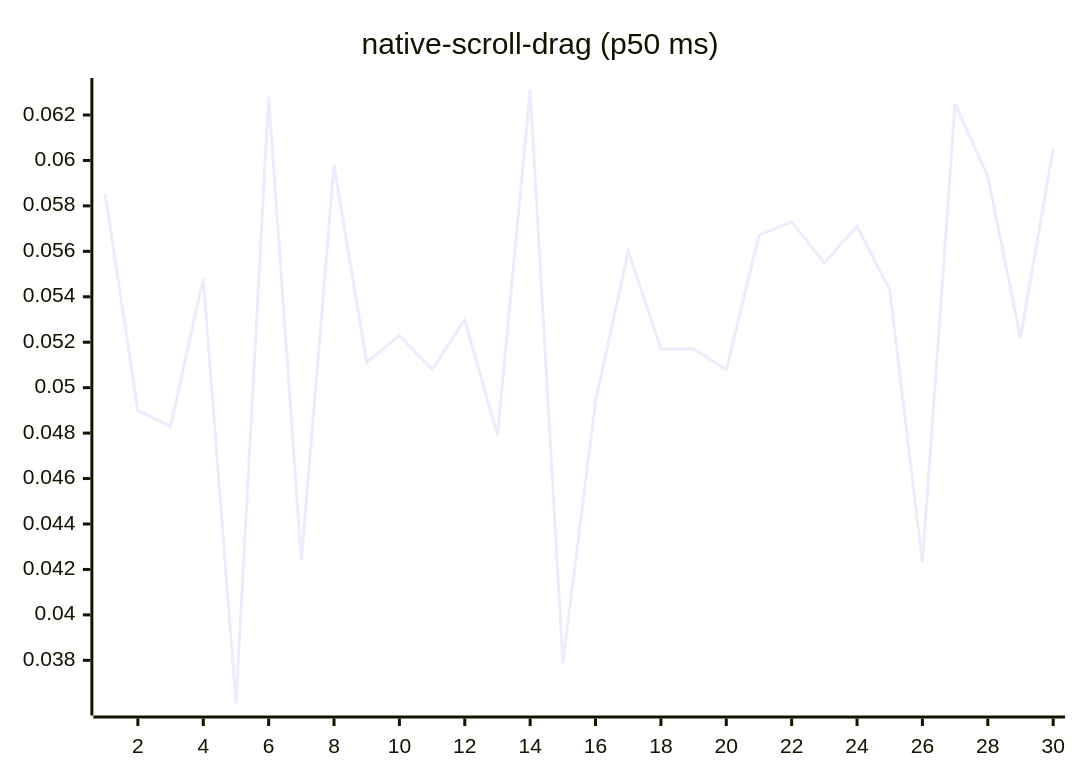
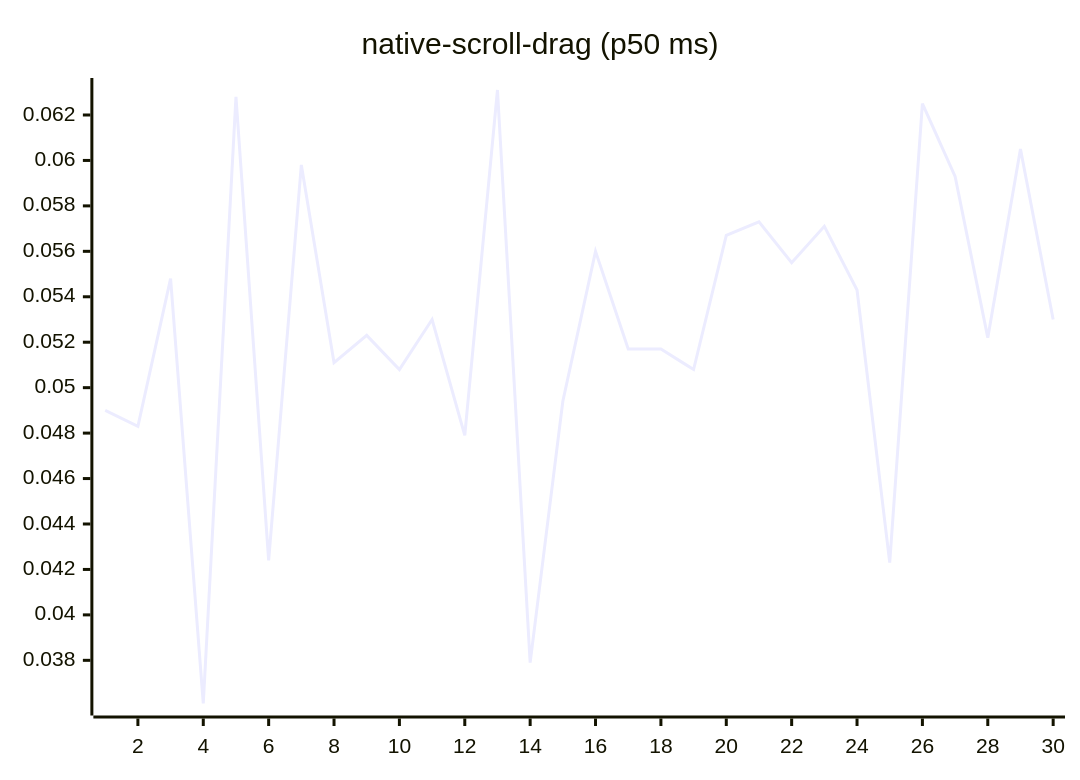
One commit to josha/Facet changed diagram 14 of 27 in README.md. Above: the diagram before and after it, drawn with Mermaid. The commit also changed other lines of this file and 2 other files, not shown here.

````diff
--- a/README.md
+++ b/README.md
@@ -154,6 +154,6 @@
 ```mermaid
 xychart-beta
     title "native-scroll-drag (p50 ms)"
     x-axis 1 --> 30
-    line [0.0585, 0.0490, 0.0483, 0.0548, 0.0361, 0.0628, 0.0424, 0.0598, 0.0511, 0.0523, 0.0508, 0.0530, 0.0479, 0.0631, 0.0379, 0.0494, 0.0560, 0.0517, 0.0517, 0.0508, 0.0567, 0.0573, 0.0555, 0.0571, 0.0543, 0.0423, 0.0625, 0.0593, 0.0522, 0.0605]
+    line [0.0490, 0.0483, 0.0548, 0.0361, 0.0628, 0.0424, 0.0598, 0.0511, 0.0523, 0.0508, 0.0530, 0.0479, 0.0631, 0.0379, 0.0494, 0.0560, 0.0517, 0.0517, 0.0508, 0.0567, 0.0573, 0.0555, 0.0571, 0.0543, 0.0423, 0.0625, 0.0593, 0.0522, 0.0605, 0.0530]
 ```
````
